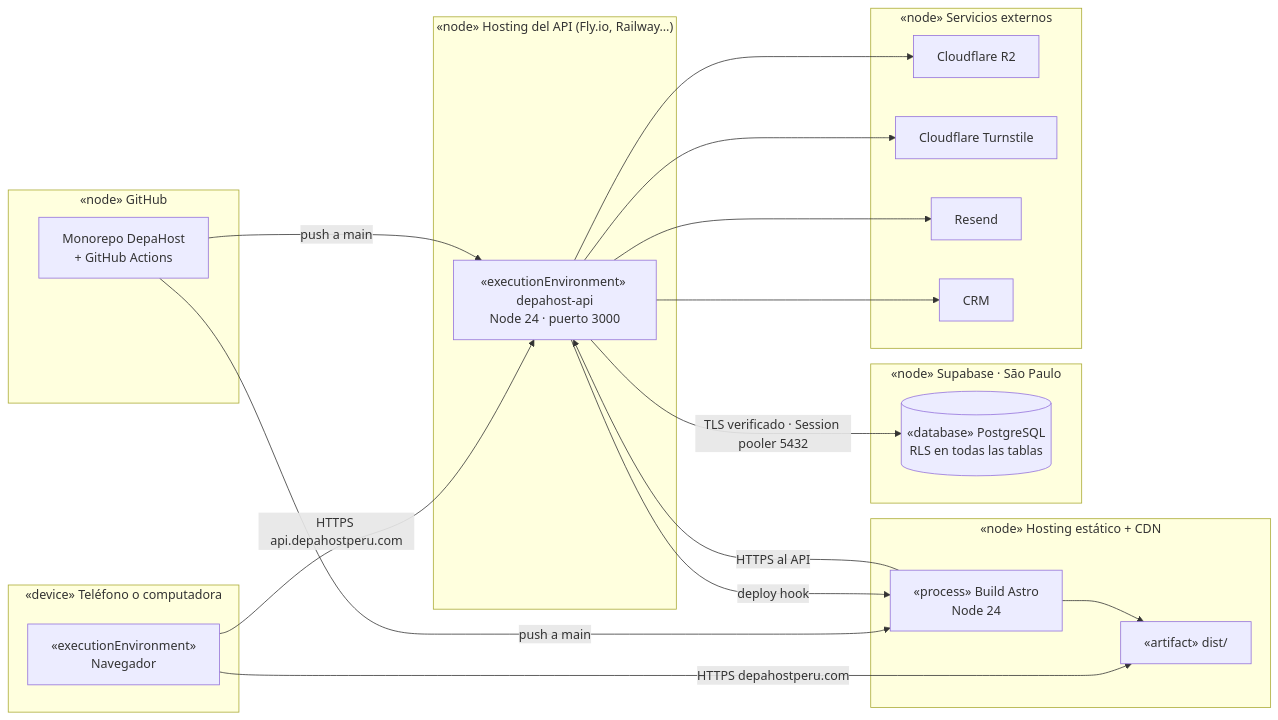
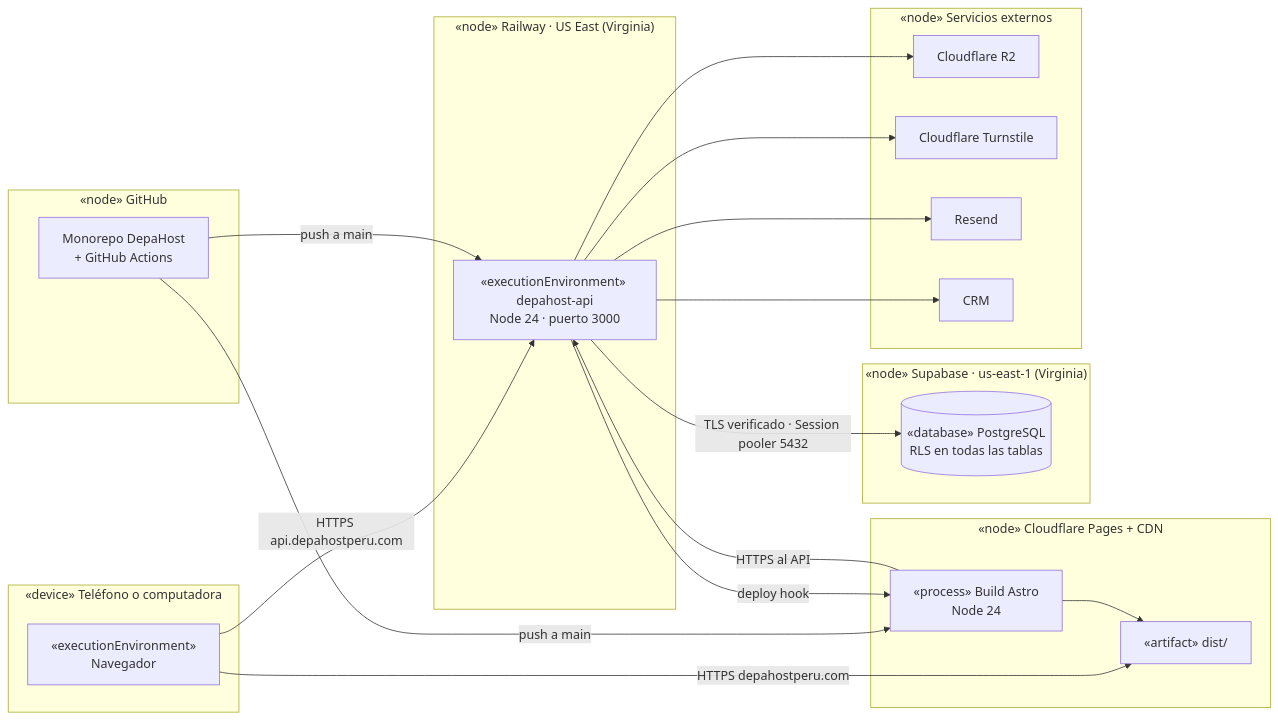
Before and after one commit to samirharrytl/DHC_landing: the third of 4 diagrams in docs/plataforma/01-arquitectura.md, drawn with Mermaid. The commit also changed other lines of this file and 4 other files, not shown here.

First line of the commit message:
Configura Cloudflare Pages para el sitio y el panel, y Railway para el API

````diff
--- a/docs/plataforma/01-arquitectura.md
+++ b/docs/plataforma/01-arquitectura.md
@@ -84,40 +84,40 @@
 ```mermaid
 flowchart LR
     subgraph Cliente["«device» Teléfono o computadora"]
         B["«executionEnvironment»<br/>Navegador"]
     end
 
-    subgraph CDN["«node» Hosting estático + CDN"]
+    subgraph CDN["«node» Cloudflare Pages + CDN"]
         S["«artifact» dist/"]
         CI1["«process» Build Astro<br/>Node 24"]
     end
 
-    subgraph Cloud["«node» Hosting del API (Fly.io, Railway…)"]
+    subgraph Cloud["«node» Railway · US East (Virginia)"]
         C["«executionEnvironment» depahost-api<br/>Node 24 · puerto 3000"]
     end
 
-    subgraph SB["«node» Supabase · São Paulo"]
+    subgraph SB["«node» Supabase · us-east-1 (Virginia)"]
         D[("«database» PostgreSQL<br/>RLS en todas las tablas")]
     end
 
     subgraph Ext["«node» Servicios externos"]
         E1["Cloudflare R2"]
         E2["Cloudflare Turnstile"]
         E3["Resend"]
         E4["CRM"]
     end
 
     subgraph GH["«node» GitHub"]
         G1["Monorepo DepaHost<br/>+ GitHub Actions"]
     end
 
     B -- "HTTPS depahostperu.com" --> S
     B -- "HTTPS api.depahostperu.com" --> C
     C -- "TLS verificado · Session pooler 5432" --> D
     C --> E1 & E2 & E3 & E4
     G1 -- "push a main" --> CI1
     C -- "deploy hook" --> CI1
     CI1 -- "HTTPS al API" --> C
     CI1 --> S
     G1 -- "push a main" --> C
 ```
````
